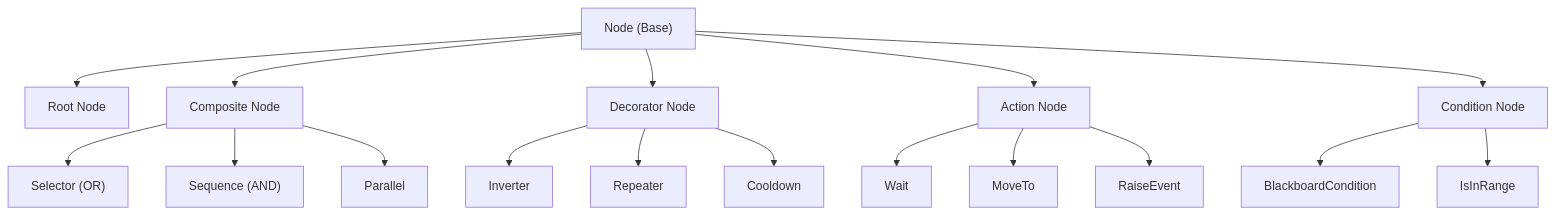
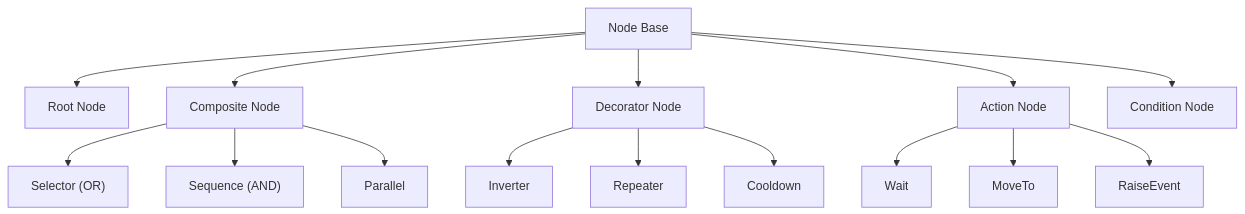
One commit to eraflo/Catalyst changed the second of 2 diagrams in Documentation~/Modules/BehaviourTree.md. Above: the diagram before and after it, drawn with Mermaid. The commit also changed other lines of this file, not shown here.

````diff
--- a/Documentation~/Modules/BehaviourTree.md
+++ b/Documentation~/Modules/BehaviourTree.md
@@ -59,30 +117,27 @@
 ```mermaid
 graph TD
-    Node["Node (Base)"]
-    Root["Root Node"]
-    Composite["Composite Node"]
-    Decorator["Decorator Node"]
-    Action["Action Node"]
-    Condition["Condition Node"]
+    Node[Node Base]
+    Root[Root Node]
+    Composite[Composite Node]
+    Decorator[Decorator Node]
+    Action[Action Node]
+    Condition[Condition Node]
 
     Node --> Root
     Node --> Composite
     Node --> Decorator
     Node --> Action
     Node --> Condition
 
     Composite --> Selector["Selector (OR)"]
     Composite --> Sequence["Sequence (AND)"]
-    Composite --> Parallel["Parallel"]
+    Composite --> Parallel
 
-    Decorator --> Inverter["Inverter"]
-    Decorator --> Repeater["Repeater"]
-    Decorator --> Cooldown["Cooldown"]
+    Decorator --> Inverter
+    Decorator --> Repeater
+    Decorator --> Cooldown
 
-    Action --> Wait["Wait"]
-    Action --> MoveTo["MoveTo"]
-    Action --> RaiseEvent["RaiseEvent"]
-
-    Condition --> BlackboardCondition["BlackboardCondition"]
-    Condition --> IsInRange["IsInRange"]
+    Action --> Wait
+    Action --> MoveTo
+    Action --> RaiseEvent
 ```
````
